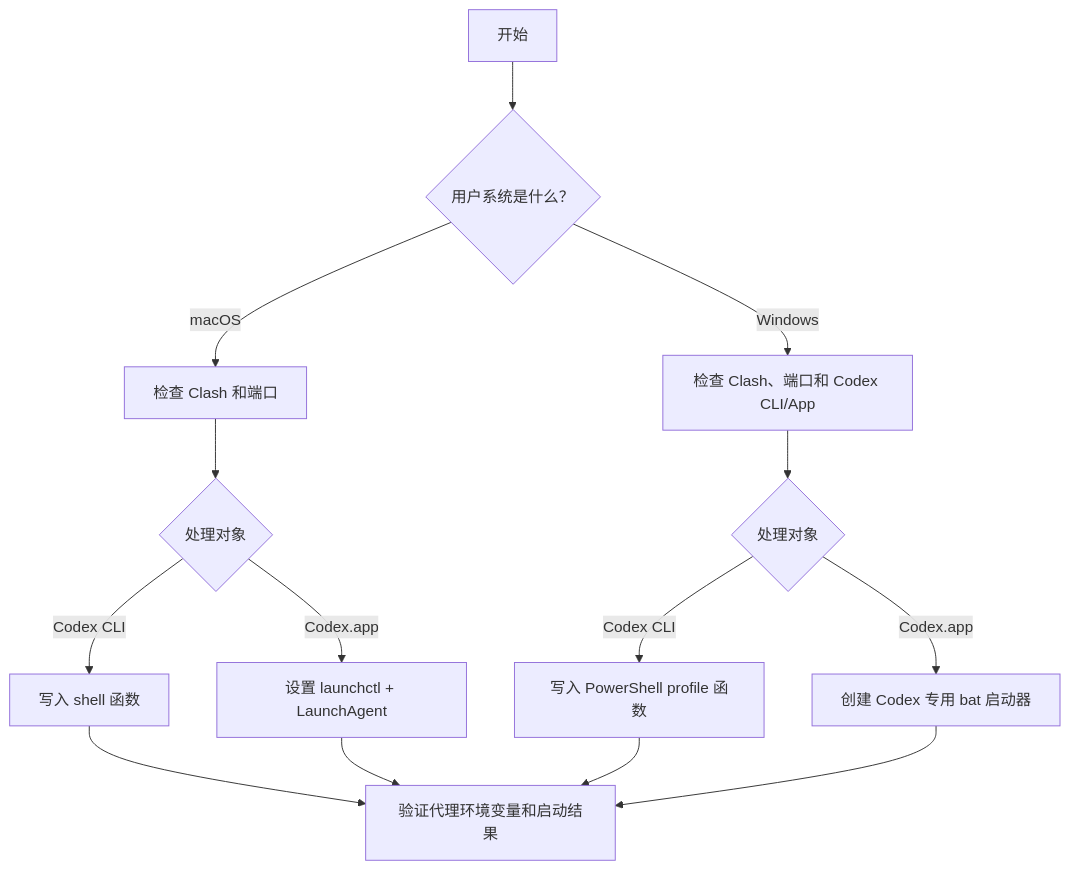
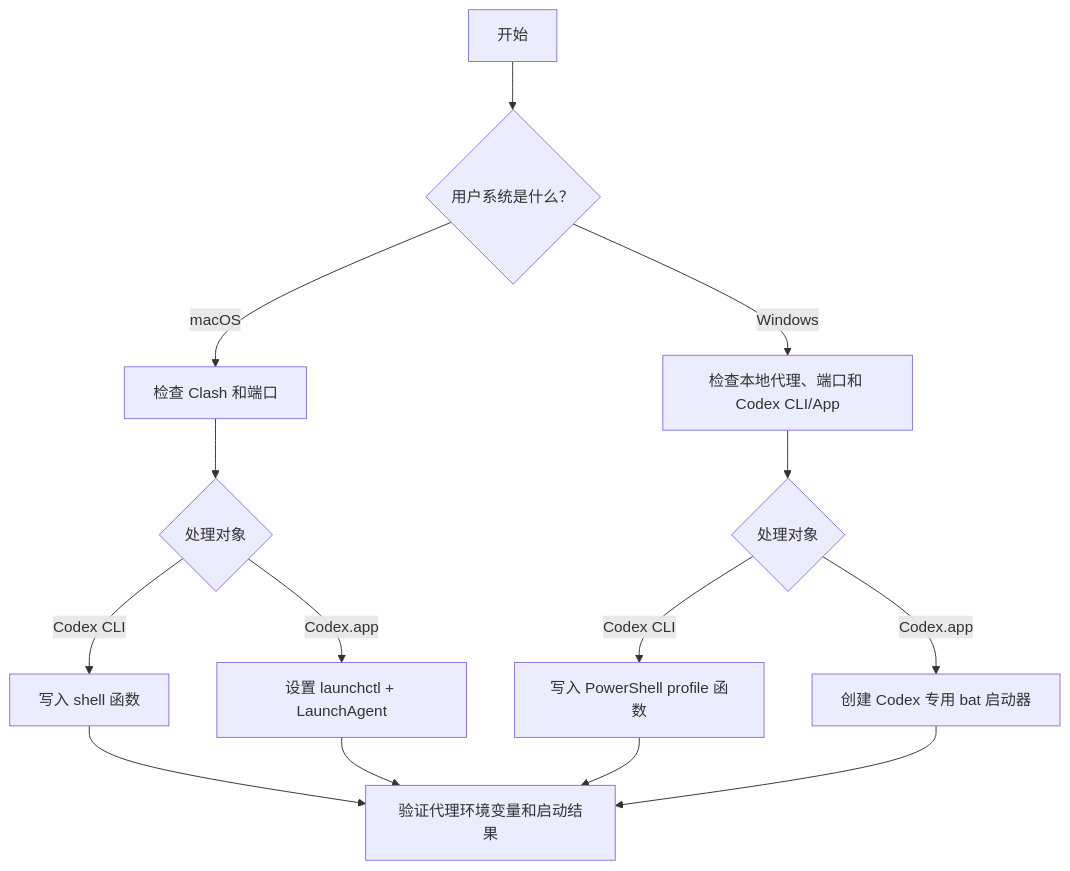
Before and after one commit to nangongwentian-fe/jay-skills: the diagram in playbooks/codex-clash-proxy/README.md, drawn with Mermaid. The commit also changed other lines of this file and 1 other file, not shown here.

First line of the commit message:
docs: 更新 Codex 365VPN 代理启动指南

````diff
--- a/playbooks/codex-clash-proxy/README.md
+++ b/playbooks/codex-clash-proxy/README.md
@@ -41,16 +41,16 @@
 ```mermaid
 flowchart TD
     A["开始"] --> B{"用户系统是什么？"}
     B -->|macOS| C["检查 Clash 和端口"]
-    B -->|Windows| D["检查 Clash、端口和 Codex CLI/App"]
+    B -->|Windows| D["检查本地代理、端口和 Codex CLI/App"]
     C --> E{"处理对象"}
     E -->|Codex CLI| F["写入 shell 函数"]
     E -->|Codex.app| G["设置 launchctl + LaunchAgent"]
     D --> J{"处理对象"}
     J -->|Codex CLI| K["写入 PowerShell profile 函数"]
     J -->|Codex.app| H["创建 Codex 专用 bat 启动器"]
     F --> I["验证代理环境变量和启动结果"]
     G --> I
     K --> I
     H --> I
 ```
````
